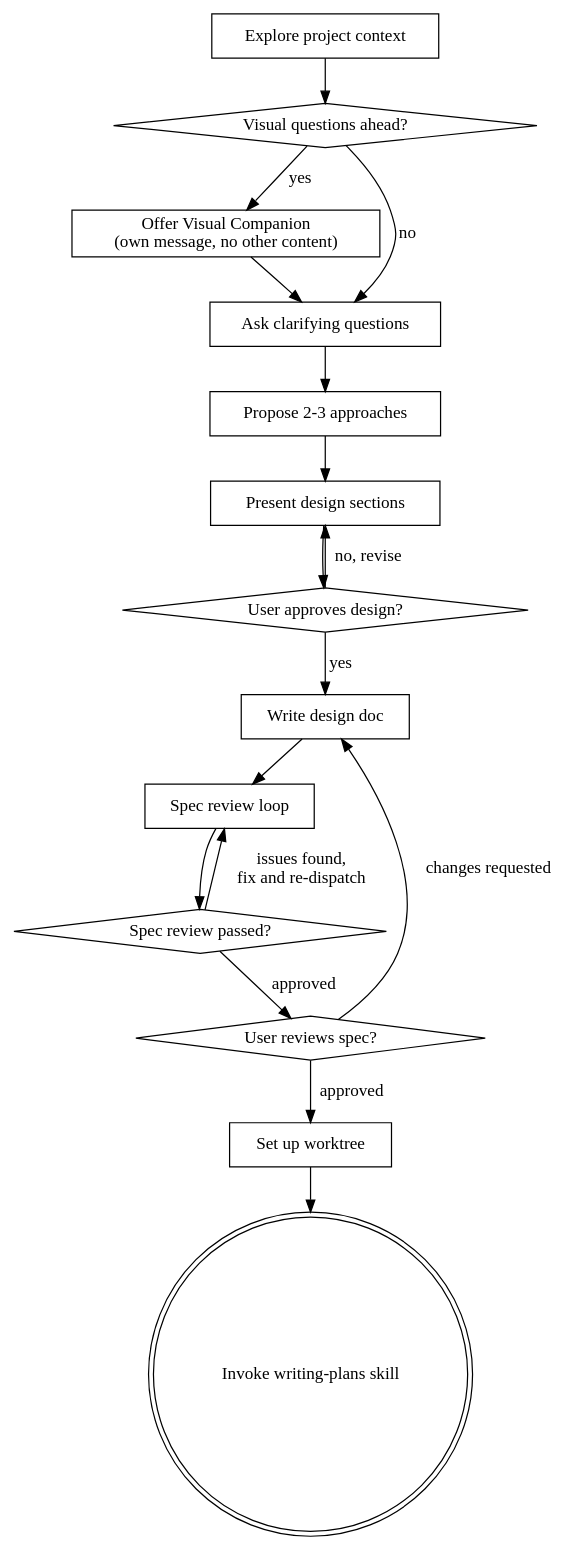
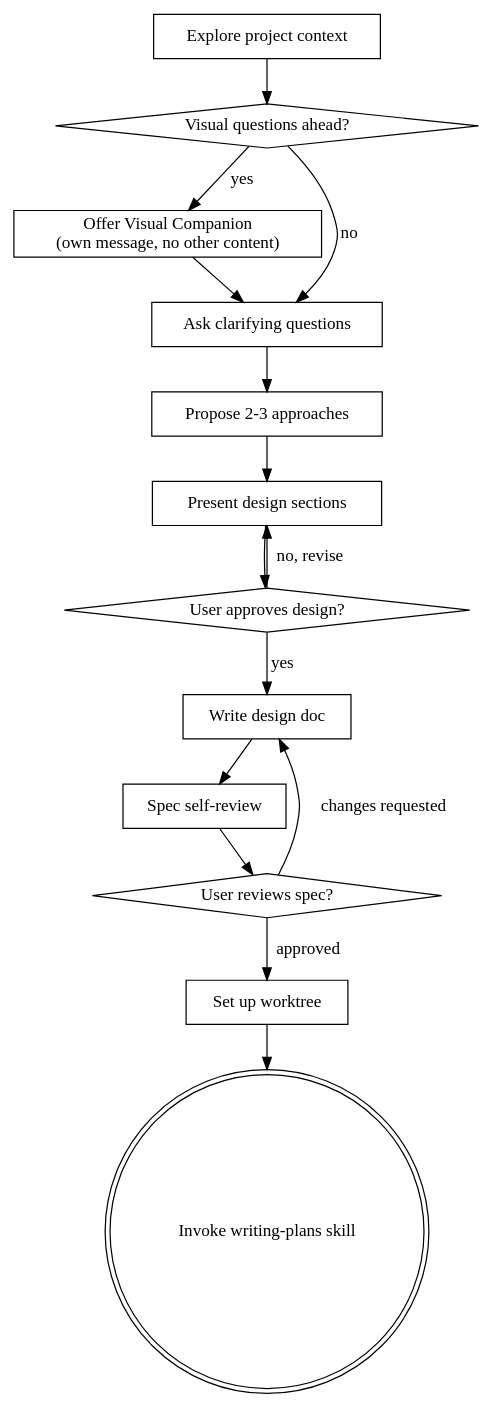
The diagram in plugins/team-powers/skills/brainstorming/SKILL.md (ogallotti/power-plugins), drawn with Graphviz before and after one commit. The commit also changed other lines of this file and 10 other files, not shown here.

First line of the commit message:
feat: upstream sync v5.0.6 — inline self-review, no-placeholders, server restructure

````diff
--- a/plugins/team-powers/skills/brainstorming/SKILL.md
+++ b/plugins/team-powers/skills/brainstorming/SKILL.md
@@ -37,34 +37,31 @@
 ```dot
 digraph brainstorming {
     "Explore project context" [shape=box];
     "Visual questions ahead?" [shape=diamond];
     "Offer Visual Companion\n(own message, no other content)" [shape=box];
     "Ask clarifying questions" [shape=box];
     "Propose 2-3 approaches" [shape=box];
     "Present design sections" [shape=box];
     "User approves design?" [shape=diamond];
     "Write design doc" [shape=box];
-    "Spec review loop" [shape=box];
-    "Spec review passed?" [shape=diamond];
+    "Spec self-review" [shape=box];
     "User reviews spec?" [shape=diamond];
     "Set up worktree" [shape=box];
     "Invoke writing-plans skill" [shape=doublecircle];
 
     "Explore project context" -> "Visual questions ahead?";
     "Visual questions ahead?" -> "Offer Visual Companion\n(own message, no other content)" [label="yes"];
     "Visual questions ahead?" -> "Ask clarifying questions" [label="no"];
     "Offer Visual Companion\n(own message, no other content)" -> "Ask clarifying questions";
     "Ask clarifying questions" -> "Propose 2-3 approaches";
     "Propose 2-3 approaches" -> "Present design sections";
     "Present design sections" -> "User approves design?";
     "User approves design?" -> "Present design sections" [label="no, revise"];
     "User approves design?" -> "Write design doc" [label="yes"];
-    "Write design doc" -> "Spec review loop";
-    "Spec review loop" -> "Spec review passed?";
-    "Spec review passed?" -> "Spec review loop" [label="issues found,\nfix and re-dispatch"];
-    "Spec review passed?" -> "User reviews spec?" [label="approved"];
+    "Write design doc" -> "Spec self-review";
+    "Spec self-review" -> "User reviews spec?";
     "User reviews spec?" -> "Write design doc" [label="changes requested"];
     "User reviews spec?" -> "Set up worktree" [label="approved"];
     "Set up worktree" -> "Invoke writing-plans skill";
 }
 ```
````
